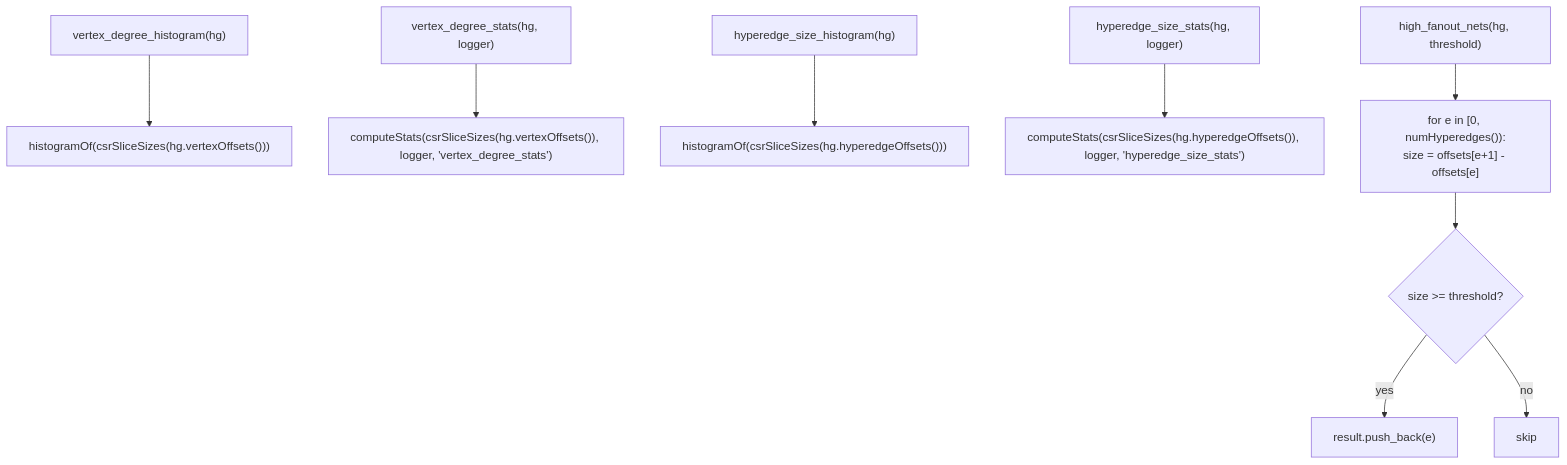
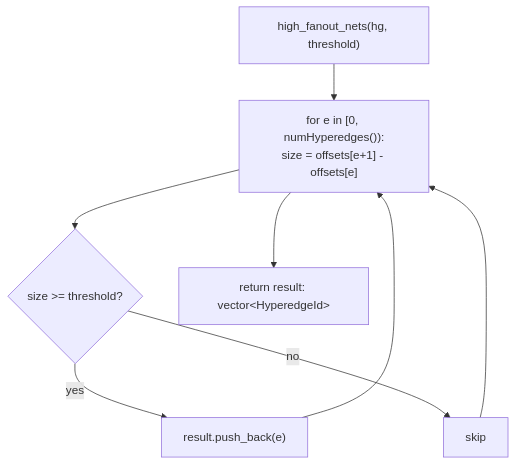
The fifth of 6 diagrams in src/hg_metrics/FLOW.md (rfive88/eda-lab), drawn with Mermaid before and after one commit. The commit also changed other lines of this file, not shown here.

First line of the commit message:
hg_metrics: split FLOW.md into one diagram per C1 function group

````diff
--- a/src/hg_metrics/FLOW.md
+++ b/src/hg_metrics/FLOW.md
@@ -53,11 +77,10 @@
 ```mermaid
 graph TD
-    A["vertex_degree_histogram(hg)"] --> B["histogramOf(csrSliceSizes(hg.vertexOffsets()))"]
-    C["vertex_degree_stats(hg, logger)"] --> D["computeStats(csrSliceSizes(hg.vertexOffsets()), logger, 'vertex_degree_stats')"]
-    E["hyperedge_size_histogram(hg)"] --> F["histogramOf(csrSliceSizes(hg.hyperedgeOffsets()))"]
-    G["hyperedge_size_stats(hg, logger)"] --> H["computeStats(csrSliceSizes(hg.hyperedgeOffsets()), logger, 'hyperedge_size_stats')"]
-    I["high_fanout_nets(hg, threshold)"] --> J["for e in [0, numHyperedges()):<br/>size = offsets[e+1] - offsets[e]"]
-    J --> K{"size >= threshold?"}
-    K -- yes --> L["result.push_back(e)"]
-    K -- no --> M["skip"]
+    A["high_fanout_nets(hg, threshold)"] --> B["for e in [0, numHyperedges()):<br/>size = offsets[e+1] - offsets[e]"]
+    B --> C{"size >= threshold?"}
+    C -- yes --> D["result.push_back(e)"]
+    C -- no --> E["skip"]
+    D --> B
+    E --> B
+    B --> F["return result: vector&lt;HyperedgeId&gt;"]
 ```
````
